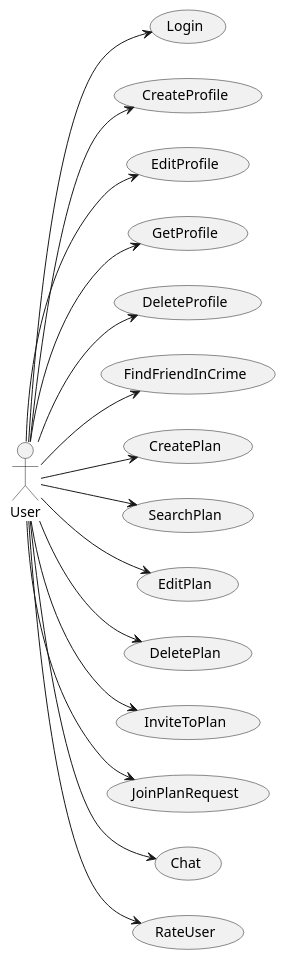
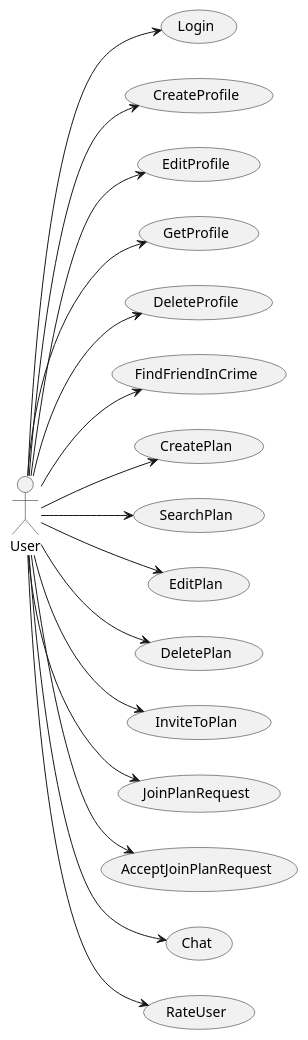
Before and after one commit to colasin16/pop-up-plan-service: the diagram in docs/src/use-cases/ main.puml, drawn with PlantUML. The commit also changed 22 other files, not shown here.

```diff
--- a/docs/src/use-cases/ main.puml
+++ b/docs/src/use-cases/ main.puml
@@ -1,41 +1,44 @@
 @startuml
 left to right direction
 
 actor User
 
 usecase Login
 
 usecase CreateProfile
 usecase EditProfile
 usecase GetProfile 
 usecase DeleteProfile 
 
 usecase FindFriendInCrime
 
 usecase CreatePlan
 usecase SearchPlan
 usecase EditPlan
 usecase DeletePlan
 usecase InviteToPlan
 usecase JoinPlanRequest
+usecase AcceptJoinPlanRequest
+
 
 usecase Chat
 
 usecase RateUser
 
 User --> Login
 User --> CreateProfile
 User --> DeleteProfile
 User --> EditProfile
 User --> GetProfile
 User --> CreatePlan
 User --> FindFriendInCrime
 User --> SearchPlan
 User --> EditPlan
 User --> DeletePlan
 User --> InviteToPlan
 User --> JoinPlanRequest
+User --> AcceptJoinPlanRequest
 User --> Chat
 User --> RateUser
 
 @enduml
```
